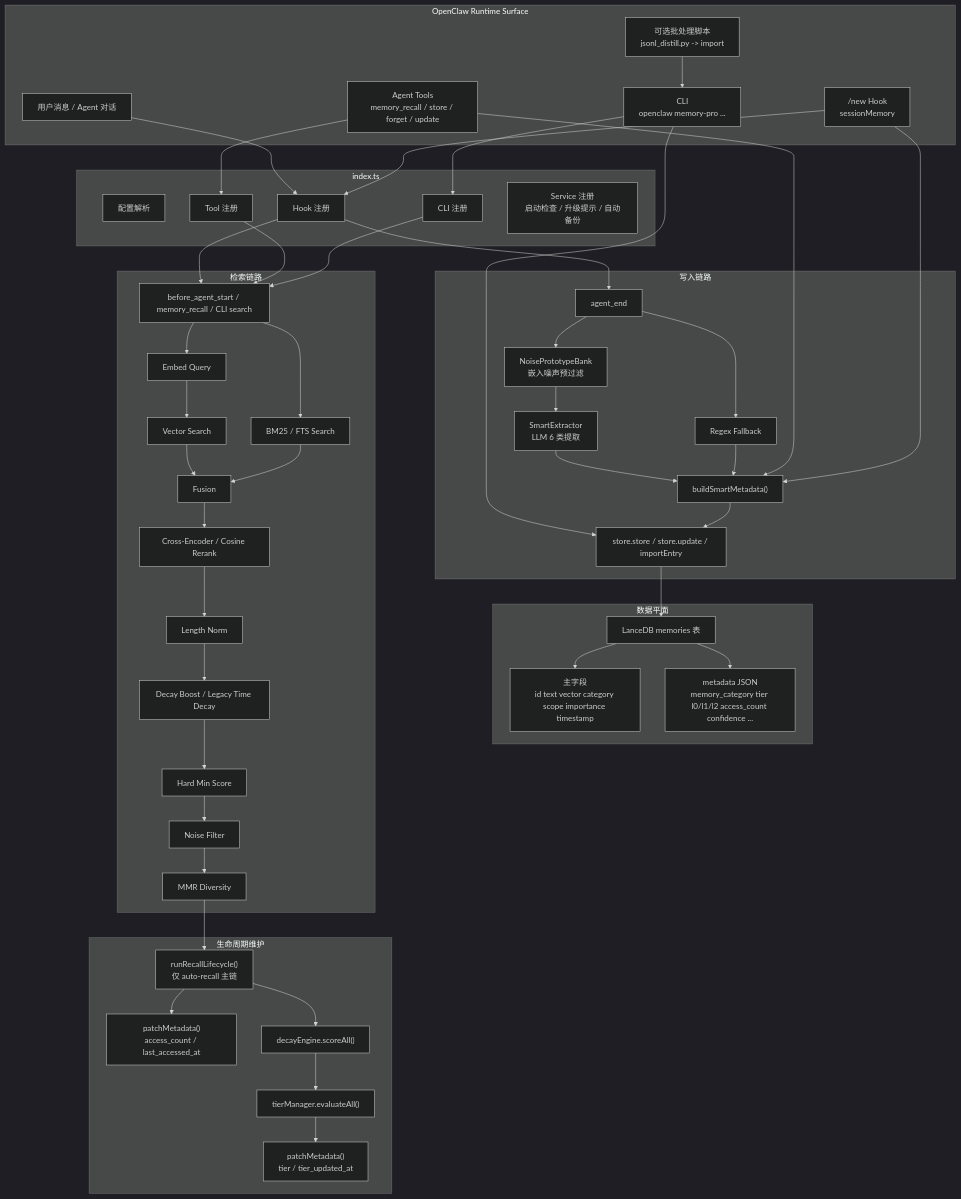
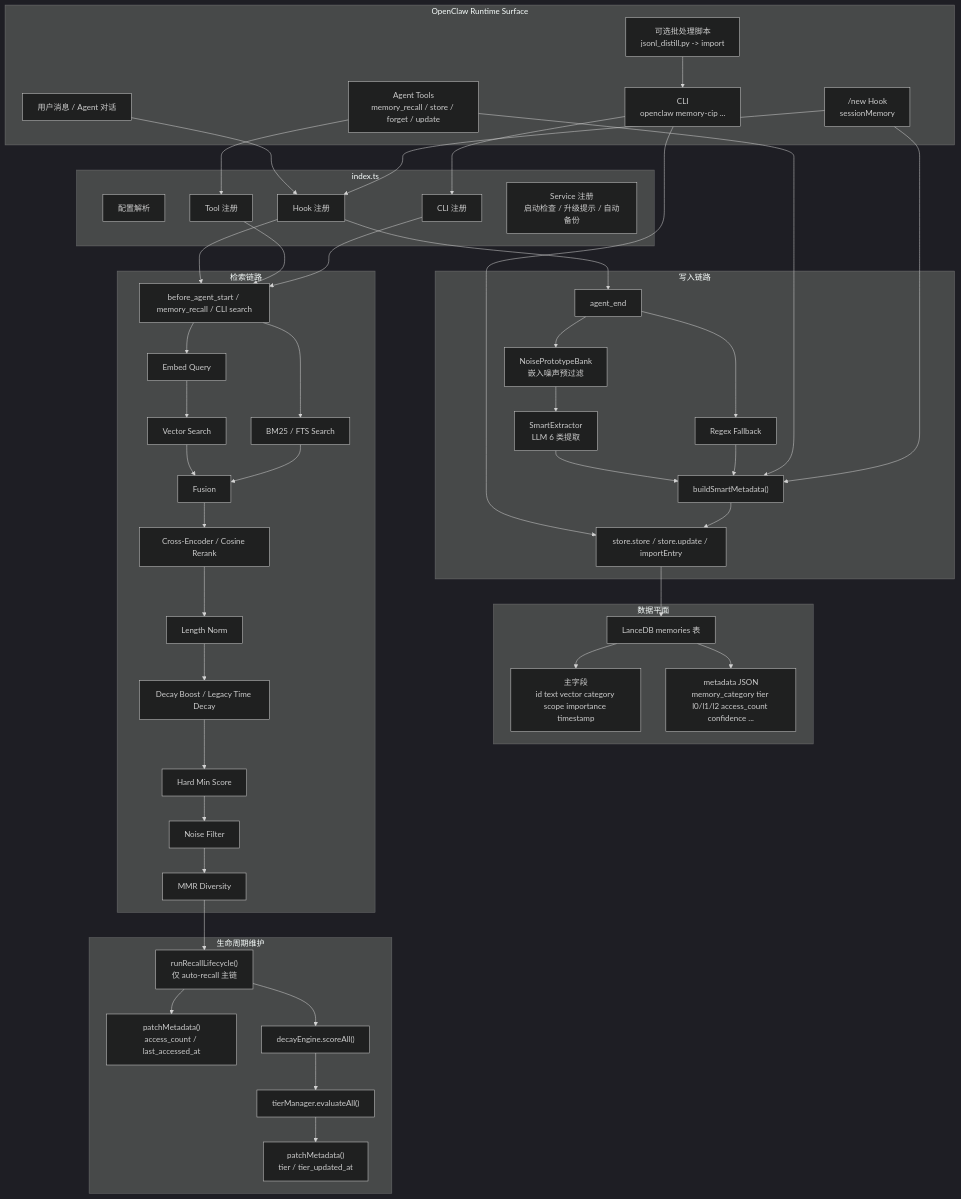
The first of 2 diagrams in docs/memory_architecture_analysis.md (psxxo/memory-lancedb-cip), drawn with Mermaid (dark theme) before and after one commit. The commit also changed other lines of this file and 81 other files, not shown here.

Commit message:
rename: eliminate all LanceDB Pro / memory-pro traces (1.2.2)

```diff
--- a/docs/memory_architecture_analysis.md
+++ b/docs/memory_architecture_analysis.md
@@ -45,7 +45,7 @@
     subgraph Runtime["OpenClaw Runtime Surface"]
         U["用户消息 / Agent 对话"]
         T["Agent Tools<br/>memory_recall / store / forget / update"]
-        C["CLI<br/>openclaw memory-pro ..."]
+        C["CLI<br/>openclaw memory-cip ..."]
         N["/new Hook<br/>sessionMemory"]
         X["可选批处理脚本<br/>jsonl_distill.py -> import"]
     end
```
